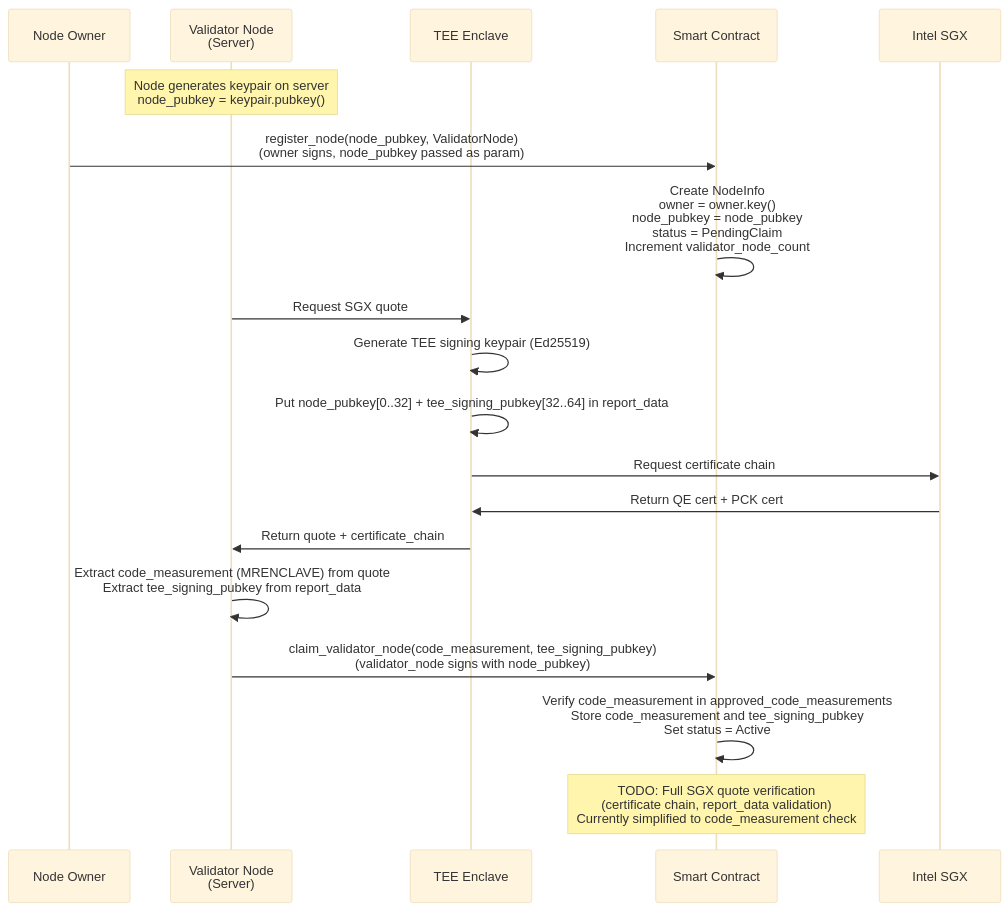
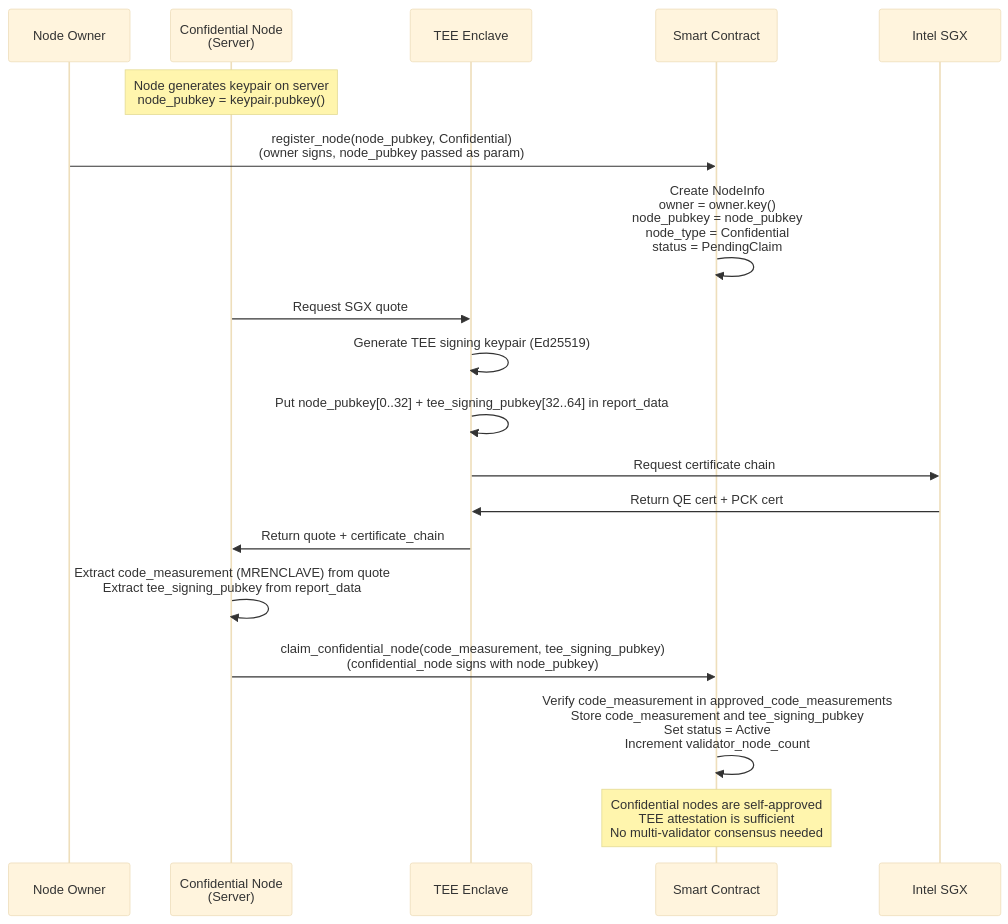
The fourth of 13 diagrams in docs/design.md (JorgeCosta87/decentralized-autonomous-computing), drawn with Mermaid (base theme) before and after one commit. The commit also changed other lines of this file and 1 other file, not shown here.

````diff
--- a/docs/design.md
+++ b/docs/design.md
@@ -254,26 +286,26 @@
 ```mermaid
 sequenceDiagram
     participant Owner as Node Owner
-    participant VN as Validator Node<br/>(Server)
+    participant CN as Confidential Node<br/>(Server)
     participant TEE as TEE Enclave
     participant DAC as Smart Contract
     participant Intel as Intel SGX
     
-    Note over VN: Node generates keypair on server<br/>node_pubkey = keypair.pubkey()
+    Note over CN: Node generates keypair on server<br/>node_pubkey = keypair.pubkey()
     
-    Owner->>DAC: register_node(node_pubkey, ValidatorNode)<br/>(owner signs, node_pubkey passed as param)
-    DAC->>DAC: Create NodeInfo<br/>owner = owner.key()<br/>node_pubkey = node_pubkey<br/>status = PendingClaim<br/>Increment validator_node_count
+    Owner->>DAC: register_node(node_pubkey, Confidential)<br/>(owner signs, node_pubkey passed as param)
+    DAC->>DAC: Create NodeInfo<br/>owner = owner.key()<br/>node_pubkey = node_pubkey<br/>node_type = Confidential<br/>status = PendingClaim
     
-    VN->>TEE: Request SGX quote
+    CN->>TEE: Request SGX quote
     TEE->>TEE: Generate TEE signing keypair (Ed25519)
     TEE->>TEE: Put node_pubkey[0..32] + tee_signing_pubkey[32..64] in report_data
     TEE->>Intel: Request certificate chain
     Intel->>TEE: Return QE cert + PCK cert
-    TEE->>VN: Return quote + certificate_chain
+    TEE->>CN: Return quote + certificate_chain
     
-    VN->>VN: Extract code_measurement (MRENCLAVE) from quote<br/>Extract tee_signing_pubkey from report_data
-    VN->>DAC: claim_validator_node(code_measurement, tee_signing_pubkey)<br/>(validator_node signs with node_pubkey)
-    DAC->>DAC: Verify code_measurement in approved_code_measurements<br/>Store code_measurement and tee_signing_pubkey<br/>Set status = Active
+    CN->>CN: Extract code_measurement (MRENCLAVE) from quote<br/>Extract tee_signing_pubkey from report_data
+    CN->>DAC: claim_confidential_node(code_measurement, tee_signing_pubkey)<br/>(confidential_node signs with node_pubkey)
+    DAC->>DAC: Verify code_measurement in approved_code_measurements<br/>Store code_measurement and tee_signing_pubkey<br/>Set status = Active<br/>Increment validator_node_count
     
-    Note over DAC: TODO: Full SGX quote verification<br/>(certificate chain, report_data validation)<br/>Currently simplified to code_measurement check
+    Note over DAC: Confidential nodes are self-approved<br/>TEE attestation is sufficient<br/>No multi-validator consensus needed
 ```
````
